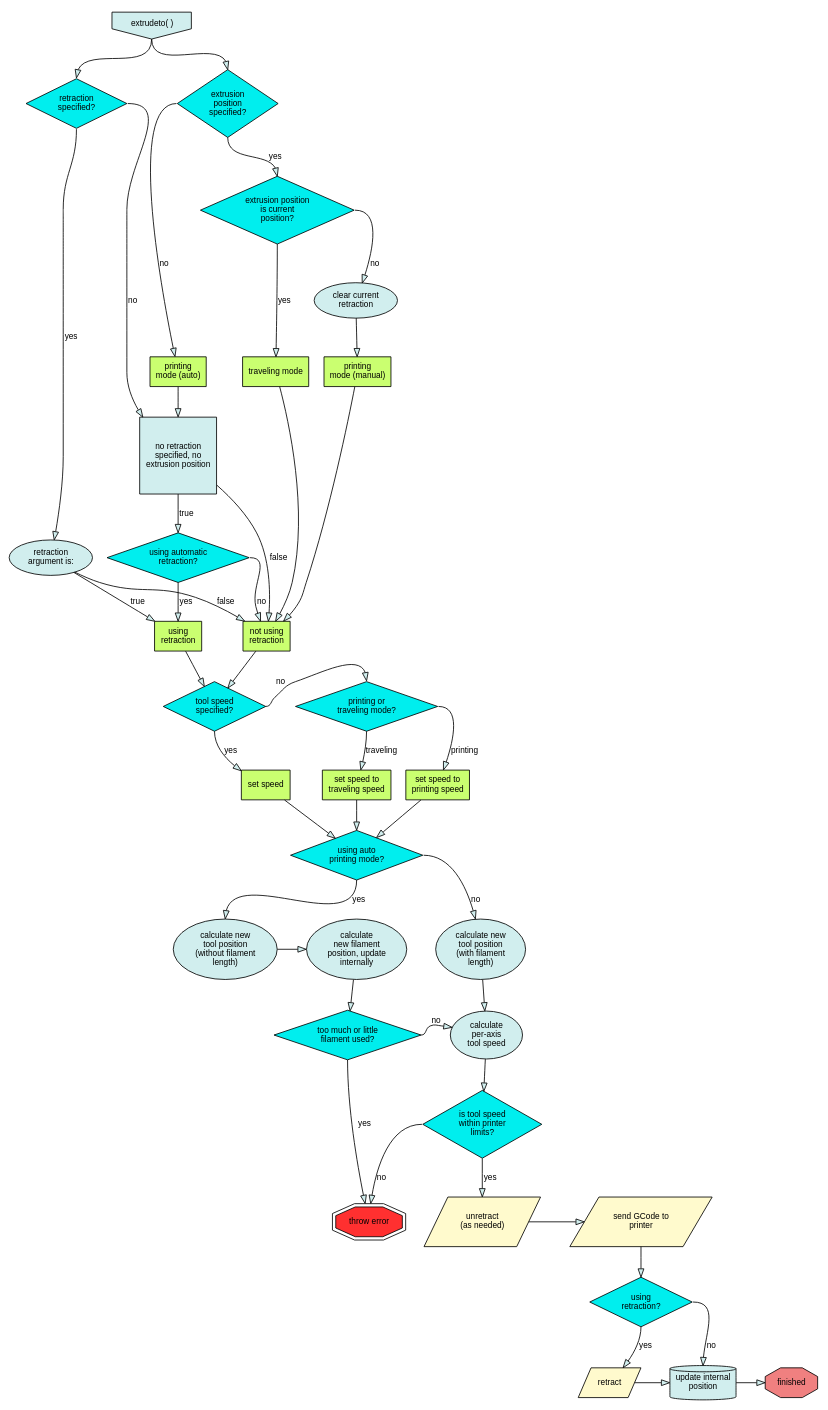
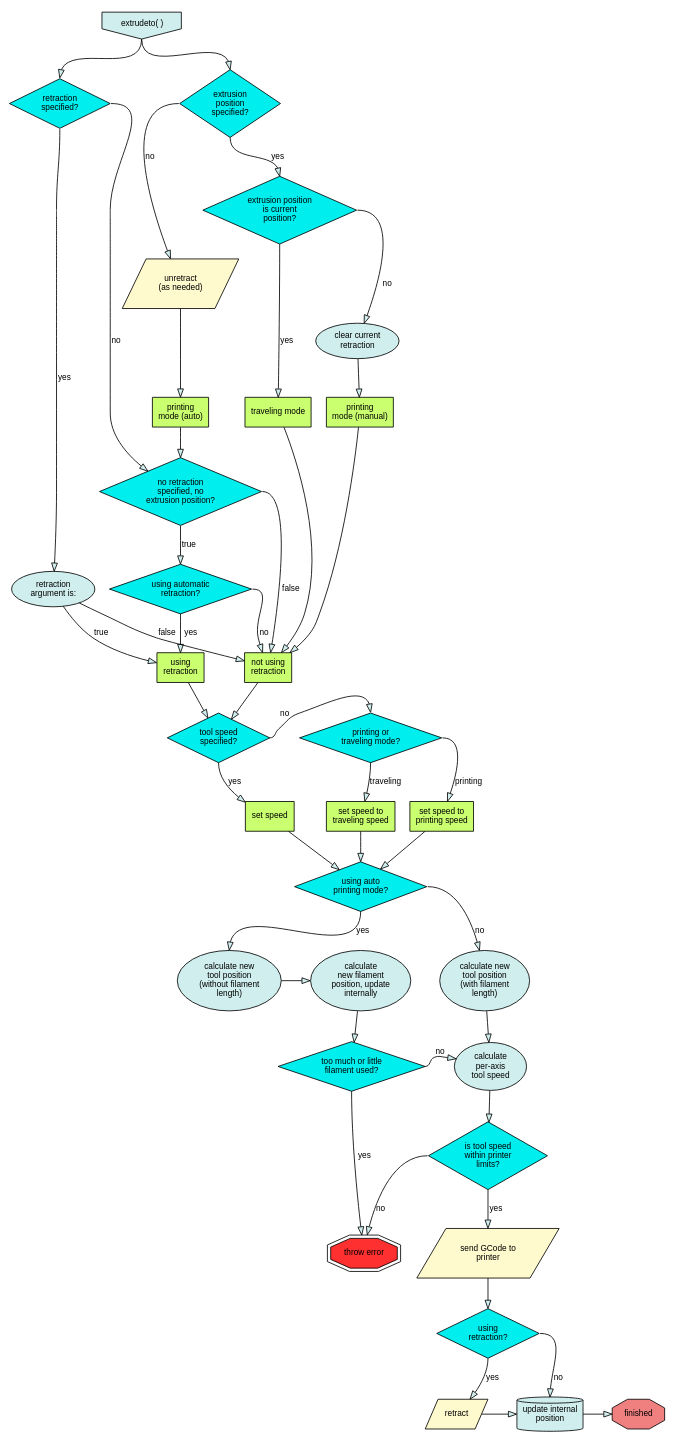
Before and after one commit to pixelpusher/liveprinter: the diagram in reference/extrudeto.dot, drawn with Graphviz. The commit also changed 5 other files, not shown here.

```diff
--- a/reference/extrudeto.dot
+++ b/reference/extrudeto.dot
@@ -1,150 +1,149 @@
 
 
 digraph movement {
 
     splines="TRUE";
 
     node [style="filled", fillcolor="lightcyan2", fontsize="10", fontname="Arial"]
 
     edge [style="filled", fillcolor="lightcyan2", fontsize="10", fontname="Arial", compound=true]
 
     /* Entities */
 
     start [label=<extrudeto( )>, shape="invhouse" ]
 
     "retraction\nspecified?" [shape="diamond",style=filled, fillcolor="cyan2"]
     "extrusion\nposition\nspecified?"  [shape="diamond",style=filled, fillcolor="cyan2"]
     "extrusion position\nis current\nposition?" [shape="diamond",style=filled, fillcolor="cyan2"]
     "using automatic\nretraction?" [shape="diamond",style=filled, fillcolor="cyan2"]
+    "no retraction\nspecified, no\nextrusion position" [label="no retraction\nspecified, no\nextrusion position?"shape="diamond", fillcolor=cyan2]
     "tool speed\nspecified?" [shape="diamond",style=filled, fillcolor="cyan2"]
     "too much or little\nfilament used?" [shape="diamond",style=filled, fillcolor="cyan2"]
     "is tool speed\nwithin printer\nlimits?" [shape="diamond",style=filled, fillcolor="cyan2"]
     "using\nretraction?" [shape="diamond",style=filled, fillcolor="cyan2"]
     "using auto\nprinting mode?"  [shape="diamond",style=filled, fillcolor="cyan2"]
     "printing or\ntraveling mode?" [shape="diamond",style=filled, fillcolor="cyan2"]
 
     "set speed to\nprinting speed" [shape="rect",style=filled, fillcolor="darkolivegreen1"]
     "set speed to\ntraveling speed" [shape="rect",style=filled, fillcolor="darkolivegreen1"]
     "set speed" [shape="rect",style=filled, fillcolor="darkolivegreen1"]
 
     "printing\nmode (auto)" [shape="rect",style=filled, fillcolor="darkolivegreen1"]
     "printing\nmode (manual)" [shape="rect",style=filled, fillcolor="darkolivegreen1"]
     "traveling mode" [shape="rect",style=filled, fillcolor="darkolivegreen1"]
 
     "using\nretraction" [shape="rect",style=filled, fillcolor="darkolivegreen1"]
     "not using\nretraction" [shape="rect",style=filled, fillcolor="darkolivegreen1"]
     
-    "unretract\n(as needed)"[shape="parallelogram",style=filled, fillcolor="lemonchiffon"] //lemonchiffon
+    "unretract\n(as needed)"[label="unretract\n(as needed)", shape="parallelogram",style=filled, fillcolor="lemonchiffon"] //lemonchiffon
     "send GCode to\nprinter"[shape="parallelogram",style=filled, fillcolor="lemonchiffon"]
     "retract" [shape="parallelogram",style=filled, fillcolor="lemonchiffon"]
+    
 
     "update internal\nposition" [shape="cylinder"]
 
-    "no retraction\nspecified, no\nextrusion position" [shape="square"]
+
     "throw error" [shape="doubleoctagon", style=filled, fillcolor="firebrick1" ]
 
     "finished" [shape="octagon",style="filled",fillcolor="lightcoral"]
 
     /* Relationships */
     
     start:s ->  "retraction\nspecified?":n
 
     start:s -> "extrusion\nposition\nspecified?":n
 
     "retraction\nspecified?":s -> "retraction\nargument is:" [label=" yes"]
 
     "retraction\nspecified?":e -> "no retraction\nspecified, no\nextrusion position" [label=" no"]
 
-    "extrusion\nposition\nspecified?":w -> "printing\nmode (auto)" [label=" no"]
+    "extrusion\nposition\nspecified?":w -> "unretract\n(as needed)" [label=" no"]
+     "unretract\n(as needed)" -> "printing\nmode (auto)" 
 
     "printing\nmode (auto)" -> "no retraction\nspecified, no\nextrusion position"
 
     "no retraction\nspecified, no\nextrusion position" -> "using automatic\nretraction?" [label=" true"]
 
-    "no retraction\nspecified, no\nextrusion position" -> "not using\nretraction" [label=" false"]
+    "no retraction\nspecified, no\nextrusion position":e -> "not using\nretraction" [label=" false"]
     
-     "using automatic\nretraction?":s -> "using\nretraction"  [label=" yes"]
+     "using automatic\nretraction?":s -> "using\nretraction"  [label="  yes"]
 
     "retraction\nargument is:" -> "using\nretraction"  [label=" true"]
     "retraction\nargument is:" -> "not using\nretraction"  [label=" false"]
     
     "using automatic\nretraction?":e -> "not using\nretraction" [label=" no"]
     
     "extrusion\nposition\nspecified?":s -> "extrusion position\nis current\nposition?":n [label=" yes"]
 
     "extrusion position\nis current\nposition?":s -> "traveling mode" [label=" yes"]
     
     "traveling mode" -> "not using\nretraction" 
 
     "extrusion position\nis current\nposition?":e -> "clear current\nretraction" [label=" no"]
     
     "clear current\nretraction" -> "printing\nmode (manual)"
 
     "printing\nmode (manual)" -> "not using\nretraction" 
  
     "not using\nretraction" -> "tool speed\nspecified?"
 
     "using\nretraction" -> "tool speed\nspecified?"
 
     "tool speed\nspecified?":s -> "set speed" [label=" yes"]
 
     "tool speed\nspecified?":e -> "printing or\ntraveling mode?":n [label=" no"]
 
     "printing or\ntraveling mode?":s -> "set speed to\ntraveling speed" [label=" traveling"]
 
     "printing or\ntraveling mode?":e -> "set speed to\nprinting speed" [label=" printing"]
 
     "set speed" -> "using auto\nprinting mode?"
     "set speed to\nprinting speed" -> "using auto\nprinting mode?"
     "set speed to\ntraveling speed" -> "using auto\nprinting mode?"
     
     "using auto\nprinting mode?":s -> "calculate new\ntool position\n(without filament\nlength)":n [label=" yes"]
 
     "using auto\nprinting mode?":e -> "calculate new\ntool position\n(with filament\nlength)" [label=" no"]
 
     "calculate new\ntool position\n(with filament\nlength)" -> "calculate\nper-axis\ntool speed"
 
     "calculate new\ntool position\n(without filament\nlength)" -> "calculate\nnew filament\nposition, update\ninternally"
 
     "calculate\nnew filament\nposition, update\ninternally" -> "too much or little\nfilament used?"
 
     "too much or little\nfilament used?":s -> "throw error" [label=" yes"]
     
     "too much or little\nfilament used?":e -> "calculate\nper-axis\ntool speed" [label=" no"]
 
     "calculate\nper-axis\ntool speed" -> "is tool speed\nwithin printer\nlimits?"
 
     "is tool speed\nwithin printer\nlimits?":w -> "throw error" [label=" no"]
 
-    "is tool speed\nwithin printer\nlimits?" -> "unretract\n(as needed)"[label=" yes"]
-
-    "unretract\n(as needed)" -> "send GCode to\nprinter"
+    "is tool speed\nwithin printer\nlimits?" -> "send GCode to\nprinter" [label=" yes"]
 
     "send GCode to\nprinter" -> "using\nretraction?"
 
     "using\nretraction?":s -> "retract" [label=" yes"]
     "retract" -> "update internal\nposition"
     "using\nretraction?":e -> "update internal\nposition":n [label=" no"]
 
     "update internal\nposition" -> "finished"
 
     /* Ranks */
     subgraph start { rank=same; "retraction\nspecified?"; "extrusion\nposition\nspecified?"; };
 
     subgraph { rank=same;}
 
     subgraph { rank=same; "printing\nmode (auto)";"printing\nmode (manual)"; "traveling mode" }
 
     subgraph { rank=same; "set speed";  "set speed to\nprinting speed"; "set speed to\ntraveling speed"}
 
     subgraph {rank=same; "calculate new\ntool position\n(without filament\nlength)"; "calculate new\ntool position\n(with filament\nlength)"; "calculate\nnew filament\nposition, update\ninternally"}
 
     subgraph {rank="same";"tool speed\nspecified?";"printing or\ntraveling mode?"}
 
     subgraph {rank="same"; "too much or little\nfilament used?"; "calculate\nper-axis\ntool speed"}
-
-    subgraph {rank="same"; "send GCode to\nprinter"; "unretract\n(as needed)"}
     
     subgraph {rank="same"; "update internal\nposition"; "retract";"finished"}
 
 }
```
